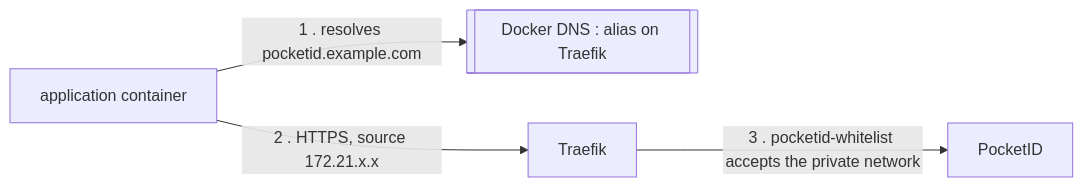
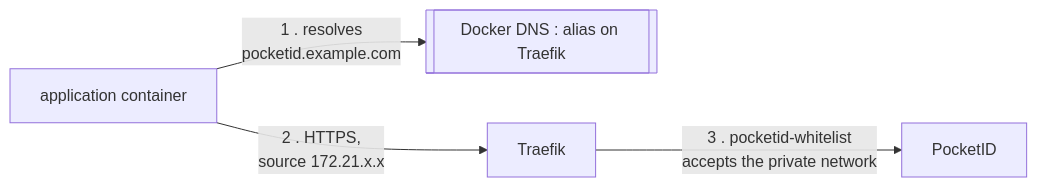
Before and after one commit to Yann39/self-hosted-n100: diagram 11 of 31 in README.md, drawn with Mermaid. The commit also changed other lines of this file, not shown here.

````diff
--- a/README.md
+++ b/README.md
@@ -2897,6 +2884,6 @@
   ```mermaid
   flowchart LR
-      APP[application container] -->|1 . resolves pocketid.example.com| DNS[[Docker DNS : alias on Traefik]]
-      APP -->|2 . HTTPS, source 172.21.x.x| TRAEFIK[Traefik]
-      TRAEFIK -->|3 . pocketid-whitelist accepts the private network| POCKETID[PocketID]
+      APP[application container] -->|1 . resolves<br>pocketid.example.com| DNS[[Docker DNS : alias on Traefik]]
+      APP -->|2 . HTTPS,<br>source 172.21.x.x| TRAEFIK[Traefik]
+      TRAEFIK -->|3 . pocketid-whitelist<br>accepts the private network| POCKETID[PocketID]
   ```
````
